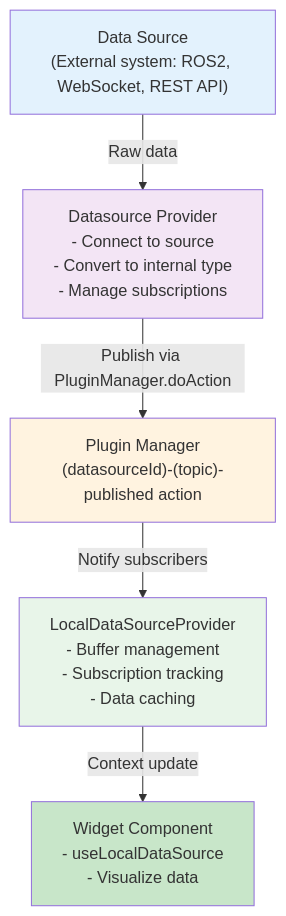
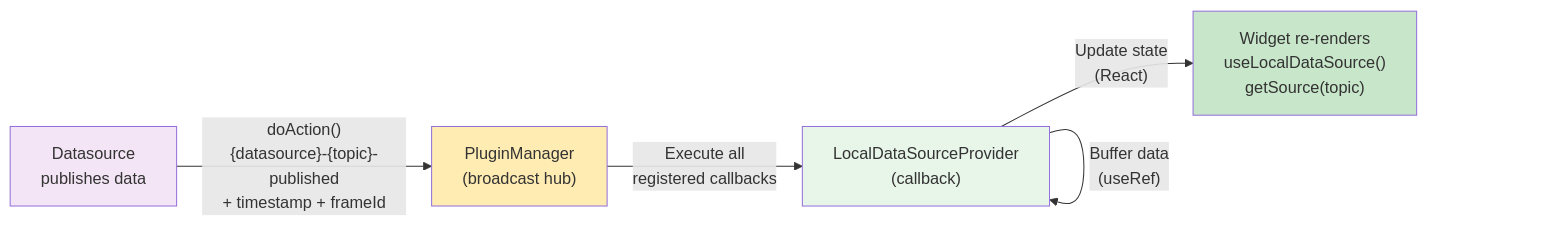
One commit to RMA-Robotics-Autonomous-Systems/ORMI changed the second of 5 diagrams in apps/web/content/docs/v1/core/data-flow.md. Above: the diagram before and after it, drawn with Mermaid. The commit also changed other lines of this file and 5 other files, not shown here.

````diff
--- a/apps/web/content/docs/v1/core/data-flow.md
+++ b/apps/web/content/docs/v1/core/data-flow.md
@@ -14,14 +38,13 @@
 ```mermaid
-graph TD
-    A["Data Source<br/>(External system: ROS2, WebSocket, REST API)"] -->|Raw data| B
-    B["Datasource Provider<br/>- Connect to source<br/>- Convert to internal type<br/>- Manage subscriptions"] -->|Publish via PluginManager.doAction| C
-    C["Plugin Manager<br/>(datasourceId)-(topic)-published action"] -->|Notify subscribers| D
-    D["LocalDataSourceProvider<br/>- Buffer management<br/>- Subscription tracking<br/>- Data caching"] -->|Context update| E
-    E["Widget Component<br/>- useLocalDataSource<br/>- Visualize data"]
+graph LR
+    DS["Datasource<br/>publishes data"]
+    DS -->|"doAction()<br/>{datasource}-{topic}-published<br/>+ timestamp + frameId"| PM["PluginManager<br/>(broadcast hub)"]
+    PM -->|"Execute all<br/>registered callbacks"| L["LocalDataSourceProvider<br/>(callback)"]
+    L -->|"Buffer data<br/>(useRef)"| L
+    L -->|"Update state<br/>(React)"| W["Widget re-renders<br/>useLocalDataSource()<br/>getSource(topic)"]
 
-    style A fill:#e3f2fd
-    style B fill:#f3e5f5
-    style C fill:#fff3e0
-    style D fill:#e8f5e9
-    style E fill:#c8e6c9
+    style DS fill:#f3e5f5
+    style PM fill:#ffecb3
+    style L fill:#e8f5e9
+    style W fill:#c8e6c9
 ```
````
